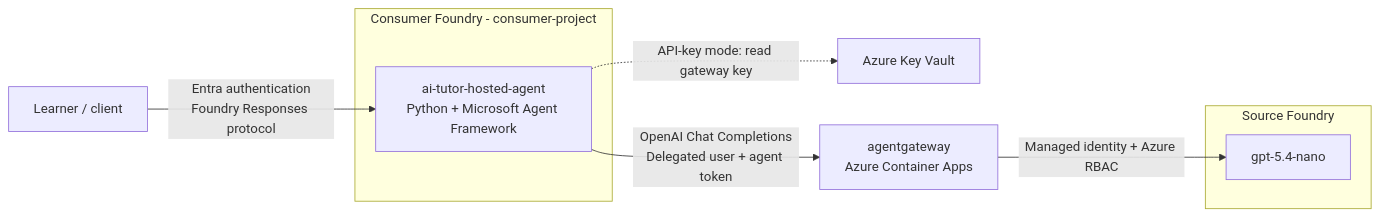
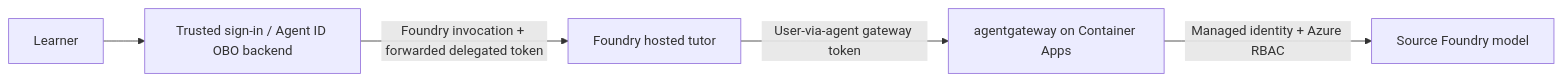
Before and after one commit to ikhemissi/foundry-agent-with-agentgateway-gateway: the second of 2 diagrams in README.md, drawn with Mermaid. The commit also changed other lines of this file and 24 other files, not shown here.

First line of the commit message:
feat: enforce Entra-only gateway authentication

````diff
--- a/README.md
+++ b/README.md
@@ -57,16 +54,12 @@
 ```mermaid
 flowchart LR
-    User["Learner / client"]
-    subgraph Consumer["Consumer Foundry - consumer-project"]
-        Hosted["ai-tutor-hosted-agent<br/>Python + Microsoft Agent Framework"]
-    end
-    Vault["Azure Key Vault"]
-    Gateway["agentgateway<br/>Azure Container Apps"]
-    subgraph Source["Source Foundry"]
-        Model["gpt-5.4-nano"]
-    end
-    User -->|"Entra authentication<br/>Foundry Responses protocol"| Hosted
-    Hosted -.->|"API-key mode: read gateway key"| Vault
-    Hosted -->|"OpenAI Chat Completions<br/>Delegated user + agent token"| Gateway
+    User["Learner"]
+    Backend["Trusted sign-in / Agent ID OBO backend"]
+    Hosted["Foundry hosted tutor"]
+    Gateway["agentgateway on Container Apps"]
+    Model["Source Foundry model"]
+    User --> Backend
+    Backend -->|"Foundry invocation + forwarded delegated token"| Hosted
+    Hosted -->|"User-via-agent gateway token"| Gateway
     Gateway -->|"Managed identity + Azure RBAC"| Model
 ```
````
